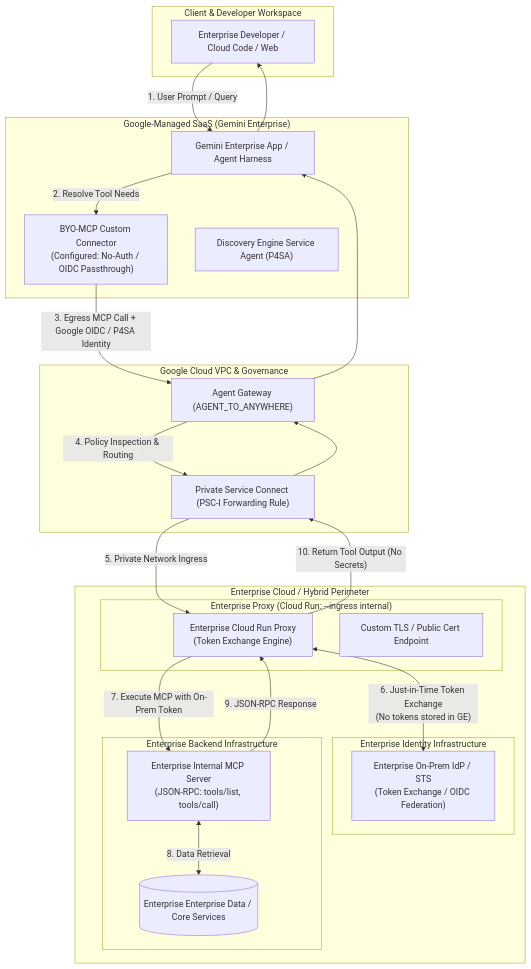
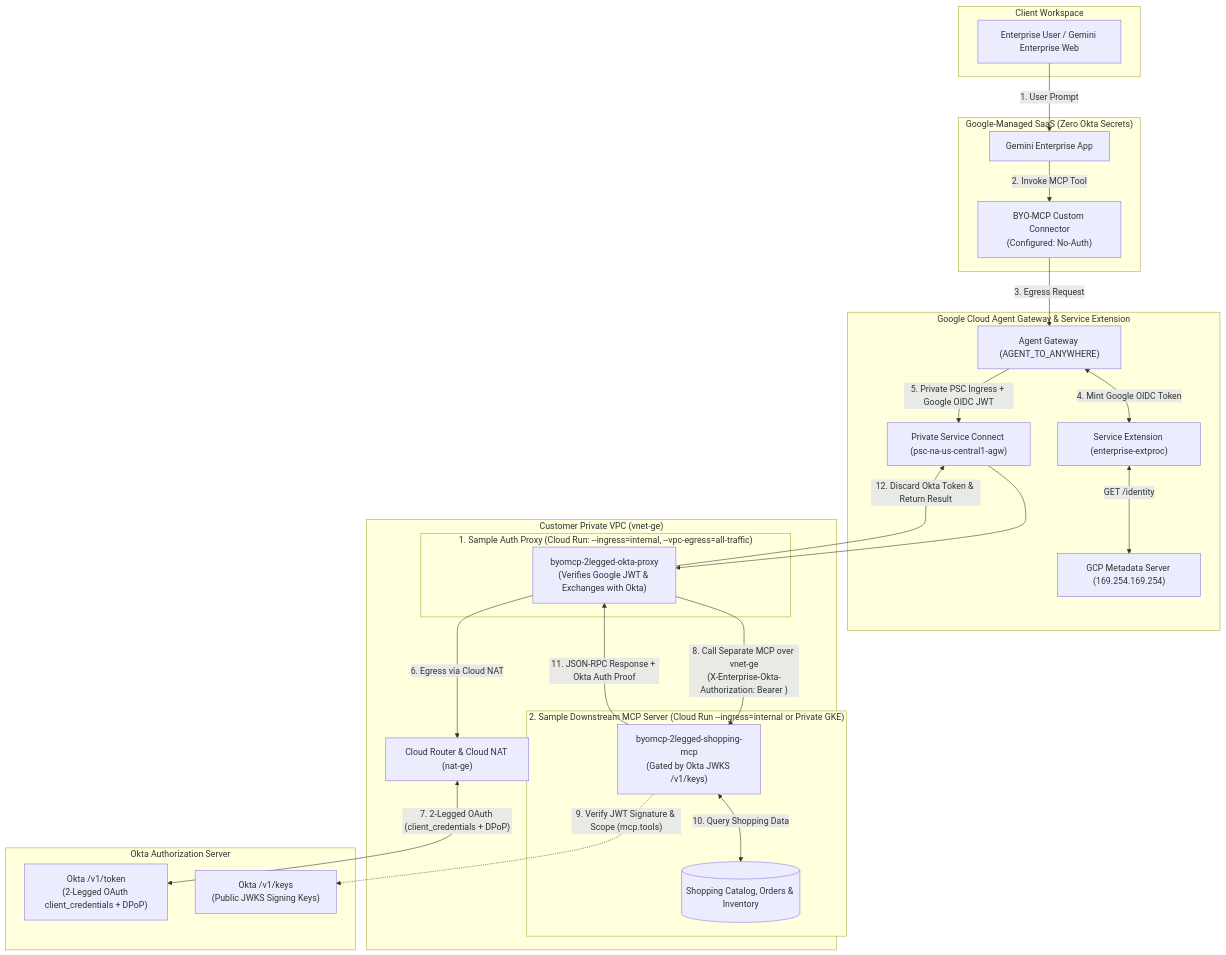
The first of 2 diagrams in docs/architecture-guide.md (Cybersizemore/byomcp-2legged-oauth), drawn with Mermaid before and after one commit. The commit also changed other lines of this file and 7 other files, not shown here.

Commit message:
Add sample Okta auth proxy, Okta-gated shopping MCP server, and updated 2-legged architecture docs

````diff
--- a/docs/architecture-guide.md
+++ b/docs/architecture-guide.md
@@ -53,47 +49,52 @@
 ```mermaid
 flowchart TB
-    subgraph Client_Layer["Client & Developer Workspace"]
-        Developer["Enterprise Developer / Cloud Code / Web"]
+    subgraph Client_Layer["Client Workspace"]
+        User["Enterprise User / Gemini Enterprise Web"]
     end
 
-    subgraph Google_Managed_SaaS["Google-Managed SaaS (Gemini Enterprise)"]
-        GE_App["Gemini Enterprise App / Agent Harness"]
-        GE_BYOMCP["BYO-MCP Custom Connector\n(Configured: No-Auth / OIDC Passthrough)"]
-        GE_SA["Discovery Engine Service Agent (P4SA)"]
+    subgraph Google_Managed_SaaS["Google-Managed SaaS (Zero Okta Secrets)"]
+        GE_App["Gemini Enterprise App"]
+        GE_BYOMCP["BYO-MCP Custom Connector\n(Configured: No-Auth)"]
     end
 
-    subgraph Governance_Layer["Google Cloud VPC & Governance"]
+    subgraph Governance_Layer["Google Cloud Agent Gateway & Service Extension"]
         AGW["Agent Gateway (AGENT_TO_ANYWHERE)"]
-        PSC_Endpoint["Private Service Connect (PSC-I Forwarding Rule)"]
+        ExtProc["Service Extension (enterprise-extproc)"]
+        Meta["GCP Metadata Server (169.254.169.254)"]
+        PSC_Endpoint["Private Service Connect (psc-na-us-central1-agw)"]
     end
 
-    subgraph Enterprise_Private_Infra["Enterprise Cloud / Hybrid Perimeter"]
-        subgraph Cloud_Run_Perimeter["Enterprise Proxy (Cloud Run: --ingress internal)"]
-            Auth_Proxy["Enterprise Cloud Run Proxy\n(Token Exchange Engine)"]
-            Public_Cert["Custom TLS / Public Cert Endpoint"]
+    subgraph Enterprise_Private_VPC["Customer Private VPC (vnet-ge)"]
+        subgraph Proxy_Layer["1. Sample Auth Proxy (Cloud Run: --ingress=internal, --vpc-egress=all-traffic)"]
+            Auth_Proxy["byomcp-2legged-okta-proxy\n(Verifies Google JWT & Exchanges with Okta)"]
         end
 
-        subgraph Enterprise_Internal_Auth["Enterprise Identity Infrastructure"]
-            Enterprise_IdP["Enterprise On-Prem IdP / STS\n(Token Exchange / OIDC Federation)"]
+        subgraph Downstream_MCP_Layer["2. Sample Downstream MCP Server (Cloud Run --ingress=internal or Private GKE)"]
+            MCP_Server["byomcp-2legged-shopping-mcp\n(Gated by Okta JWKS /v1/keys)"]
+            Shopping_Data[("Shopping Catalog, Orders & Inventory")]
         end
 
-        subgraph Private_MCP_Servers["Enterprise Backend Infrastructure"]
-            MCP_Server["Enterprise Internal MCP Server\n(JSON-RPC: tools/list, tools/call)"]
-            Enterprise_Data[("Enterprise Enterprise Data / Core Services")]
-        end
+        NAT["Cloud Router & Cloud NAT (nat-ge)"]
     end
 
-    %% Flow interactions
-    Developer -->|"1. User Prompt / Query"| GE_App
-    GE_App -->|"2. Resolve Tool Needs"| GE_BYOMCP
-    GE_BYOMCP -->|"3. Egress MCP Call + Google OIDC / P4SA Identity"| AGW
-    AGW -->|"4. Policy Inspection & Routing"| PSC_Endpoint
-    PSC_Endpoint -->|"5. Private Network Ingress"| Auth_Proxy
+    subgraph Okta_Identity_Cloud["Okta Authorization Server"]
+        Okta_Token["Okta /v1/token\n(2-Legged OAuth client_credentials + DPoP)"]
+        Okta_JWKS["Okta /v1/keys\n(Public JWKS Signing Keys)"]
+    end
 
-    Auth_Proxy <-->|"6. Just-in-Time Token Exchange\n(No tokens stored in GE)"| Enterprise_IdP
-    Auth_Proxy -->|"7. Execute MCP with On-Prem Token"| MCP_Server
-    MCP_Server <-->|"8. Data Retrieval"| Enterprise_Data
-    MCP_Server -->|"9. JSON-RPC Response"| Auth_Proxy
-    Auth_Proxy -->|"10. Return Tool Output (No Secrets)"| PSC_Endpoint
-    PSC_Endpoint --> AGW --> GE_App --> Developer
+    User -->|"1. User Prompt"| GE_App
+    GE_App -->|"2. Invoke MCP Tool"| GE_BYOMCP
+    GE_BYOMCP -->|"3. Egress Request"| AGW
+    AGW <-->|"4. Mint Google OIDC Token"| ExtProc
+    ExtProc <-->|"GET /identity"| Meta
+    AGW -->|"5. Private PSC Ingress + Google OIDC JWT"| PSC_Endpoint
+    PSC_Endpoint --> Auth_Proxy
+
+    Auth_Proxy -->|"6. Egress via Cloud NAT"| NAT
+    NAT <-->|"7. 2-Legged OAuth (client_credentials + DPoP)"| Okta_Token
+    Auth_Proxy -->|"8. Call Separate MCP over vnet-ge\n(X-Enterprise-Okta-Authorization: Bearer <Okta_JWT>)"| MCP_Server
+    MCP_Server -.->|"9. Verify JWT Signature & Scope (mcp.tools)"| Okta_JWKS
+    MCP_Server <-->|"10. Query Shopping Data"| Shopping_Data
+    MCP_Server -->|"11. JSON-RPC Response + Okta Auth Proof"| Auth_Proxy
+    Auth_Proxy -->|"12. Discard Okta Token & Return Result"| PSC_Endpoint
 ```
````
